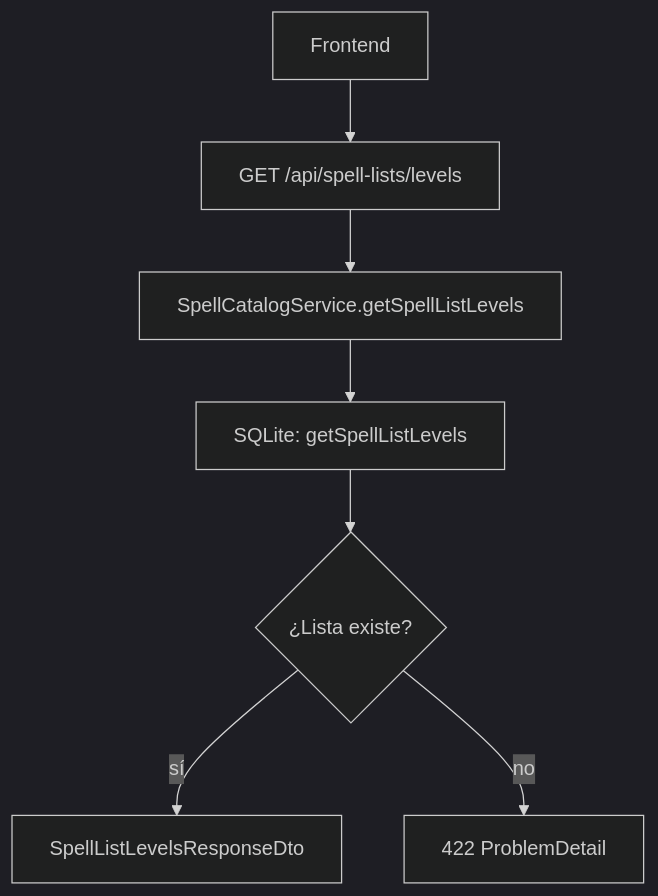
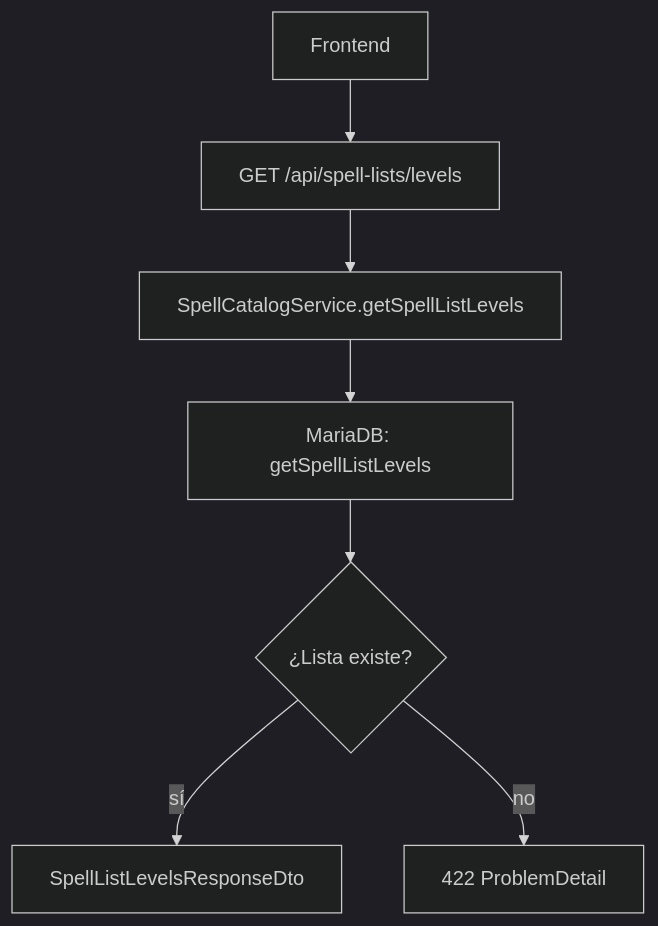
One commit to albertinizao/Grimorio-Pathfinder changed the sixth of 18 diagrams in docs/09-diagramas-flujos-secuencia.md. Above: the diagram before and after it, drawn with Mermaid (dark theme). The commit also changed other lines of this file and 52 other files, not shown here.

````diff
--- a/docs/09-diagramas-flujos-secuencia.md
+++ b/docs/09-diagramas-flujos-secuencia.md
@@ -153,9 +153,9 @@
 ```mermaid
 flowchart TD
   A[Frontend] --> B[GET /api/spell-lists/levels]
   B --> C[SpellCatalogService.getSpellListLevels]
-  C --> D[SQLite: getSpellListLevels]
+  C --> D[MariaDB: getSpellListLevels]
   D --> E{¿Lista existe?}
   E -- sí --> F[SpellListLevelsResponseDto]
   E -- no --> G[422 ProblemDetail]
 ```
````
